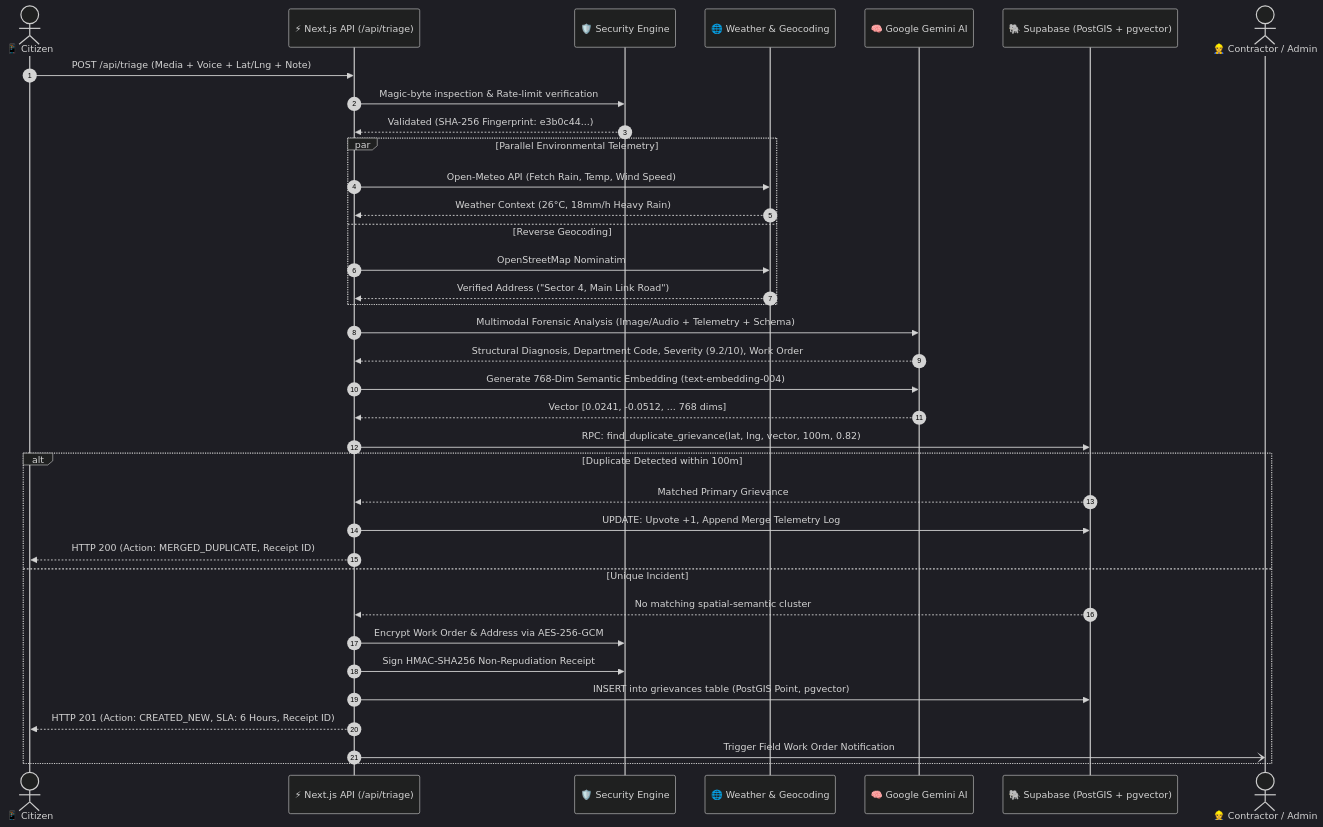
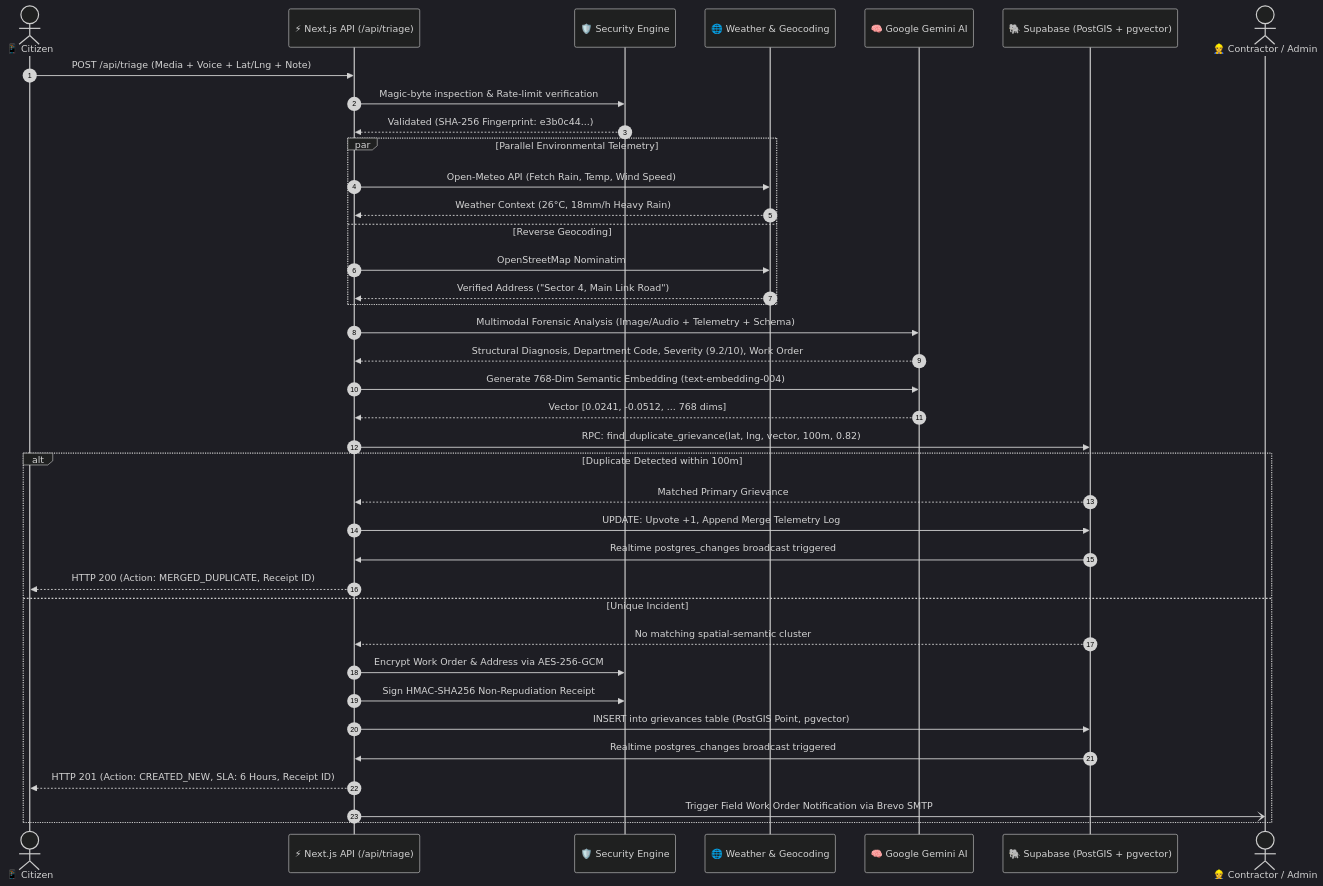
Before and after one commit to CodeByRachit/CivicPulse: the second of 3 diagrams in README.md, drawn with Mermaid (dark theme). The commit also changed other lines of this file, not shown here.

Commit message:
docs: enrich README with complete workspace breakdown, realtime websocket architecture, and core web vitals

````diff
--- a/README.md
+++ b/README.md
@@ -110,43 +113,45 @@
 ```mermaid
 sequenceDiagram
     autonumber
     actor Citizen as 📱 Citizen
     participant API as ⚡ Next.js API (/api/triage)
     participant Sec as 🛡️ Security Engine
     participant Ext as 🌐 Weather & Geocoding
     participant AI as 🧠 Google Gemini AI
     participant DB as 🐘 Supabase (PostGIS + pgvector)
     actor Admin as 👷 Contractor / Admin
 
     Citizen->>API: POST /api/triage (Media + Voice + Lat/Lng + Note)
     API->>Sec: Magic-byte inspection & Rate-limit verification
     Sec-->>API: Validated (SHA-256 Fingerprint: e3b0c44...)
     
     par Parallel Environmental Telemetry
         API->>Ext: Open-Meteo API (Fetch Rain, Temp, Wind Speed)
         Ext-->>API: Weather Context (26°C, 18mm/h Heavy Rain)
     and Reverse Geocoding
         API->>Ext: OpenStreetMap Nominatim
         Ext-->>API: Verified Address ("Sector 4, Main Link Road")
     end
 
     API->>AI: Multimodal Forensic Analysis (Image/Audio + Telemetry + Schema)
     AI-->>API: Structural Diagnosis, Department Code, Severity (9.2/10), Work Order
     
     API->>AI: Generate 768-Dim Semantic Embedding (text-embedding-004)
     AI-->>API: Vector [0.0241, -0.0512, ... 768 dims]
 
     API->>DB: RPC: find_duplicate_grievance(lat, lng, vector, 100m, 0.82)
     alt Duplicate Detected within 100m
         DB-->>API: Matched Primary Grievance #842 (Cosine: 0.91, Dist: 14.2m)
         API->>DB: UPDATE: Upvote +1, Append Merge Telemetry Log
+        DB->>API: Realtime postgres_changes broadcast triggered
         API-->>Citizen: HTTP 200 (Action: MERGED_DUPLICATE, Receipt ID)
     else Unique Incident
         DB-->>API: No matching spatial-semantic cluster
         API->>Sec: Encrypt Work Order & Address via AES-256-GCM
         API->>Sec: Sign HMAC-SHA256 Non-Repudiation Receipt
         API->>DB: INSERT into grievances table (PostGIS Point, pgvector)
+        DB->>API: Realtime postgres_changes broadcast triggered
         API-->>Citizen: HTTP 201 (Action: CREATED_NEW, SLA: 6 Hours, Receipt ID)
-        API-)Admin: Trigger Field Work Order Notification
+        API-)Admin: Trigger Field Work Order Notification via Brevo SMTP
     end
 ```
````
